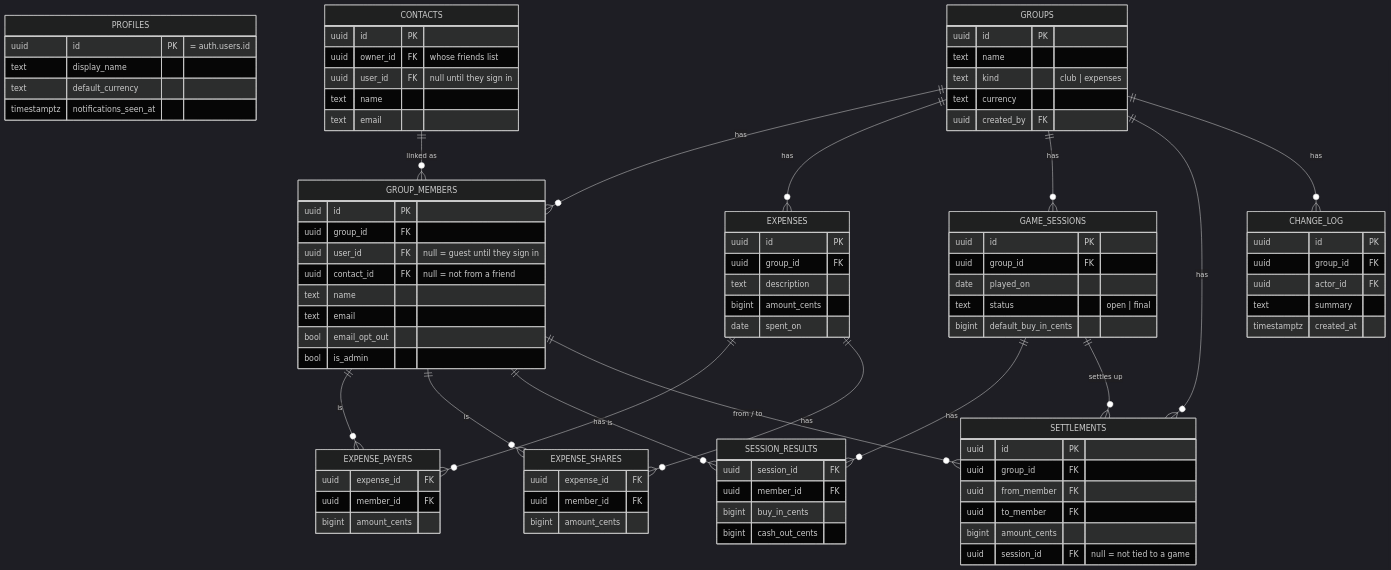
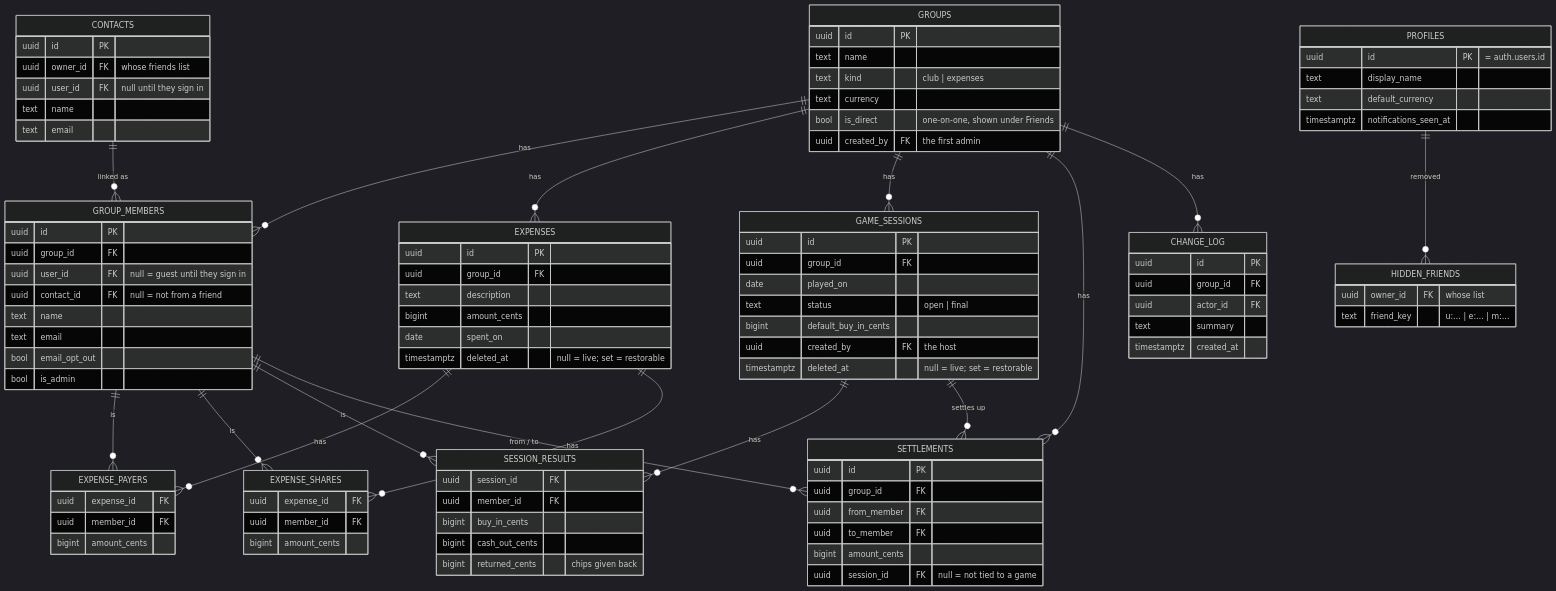
Before and after one commit to sukeshatla/chipsplit: the first of 2 diagrams in docs/DESIGN.md, drawn with Mermaid (dark theme). The commit also changed other lines of this file, not shown here.

```diff
--- a/docs/DESIGN.md
+++ b/docs/DESIGN.md
@@ -159,7 +180,8 @@
         text name
         text kind "club | expenses"
         text currency
-        uuid created_by FK
+        bool is_direct "one-on-one, shown under Friends"
+        uuid created_by FK "the first admin"
     }
     GROUP_MEMBERS {
         uuid id PK
@@ -184,6 +206,7 @@
         text description
         bigint amount_cents
         date spent_on
+        timestamptz deleted_at "null = live; set = restorable"
     }
     EXPENSE_PAYERS { uuid expense_id FK
         uuid member_id FK
@@ -197,11 +220,14 @@
         date played_on
         text status "open | final"
         bigint default_buy_in_cents
+        uuid created_by FK "the host"
+        timestamptz deleted_at "null = live; set = restorable"
     }
     SESSION_RESULTS { uuid session_id FK
         uuid member_id FK
         bigint buy_in_cents
-        bigint cash_out_cents }
+        bigint cash_out_cents
+        bigint returned_cents "chips given back" }
     SETTLEMENTS {
         uuid id PK
         uuid group_id FK
@@ -209,6 +235,10 @@
         uuid to_member FK
         bigint amount_cents
         uuid session_id FK "null = not tied to a game"
+    }
+    HIDDEN_FRIENDS {
+        uuid owner_id FK "whose list"
+        text friend_key "u:… | e:… | m:…"
     }
     CHANGE_LOG {
         uuid id PK
@@ -224,6 +254,7 @@
     GROUPS ||--o{ SETTLEMENTS : has
     GROUPS ||--o{ CHANGE_LOG : has
     CONTACTS ||--o{ GROUP_MEMBERS : "linked as"
+    PROFILES ||--o{ HIDDEN_FRIENDS : removed
     EXPENSES ||--o{ EXPENSE_PAYERS : has
     EXPENSES ||--o{ EXPENSE_SHARES : has
     GROUP_MEMBERS ||--o{ EXPENSE_PAYERS : is
```
